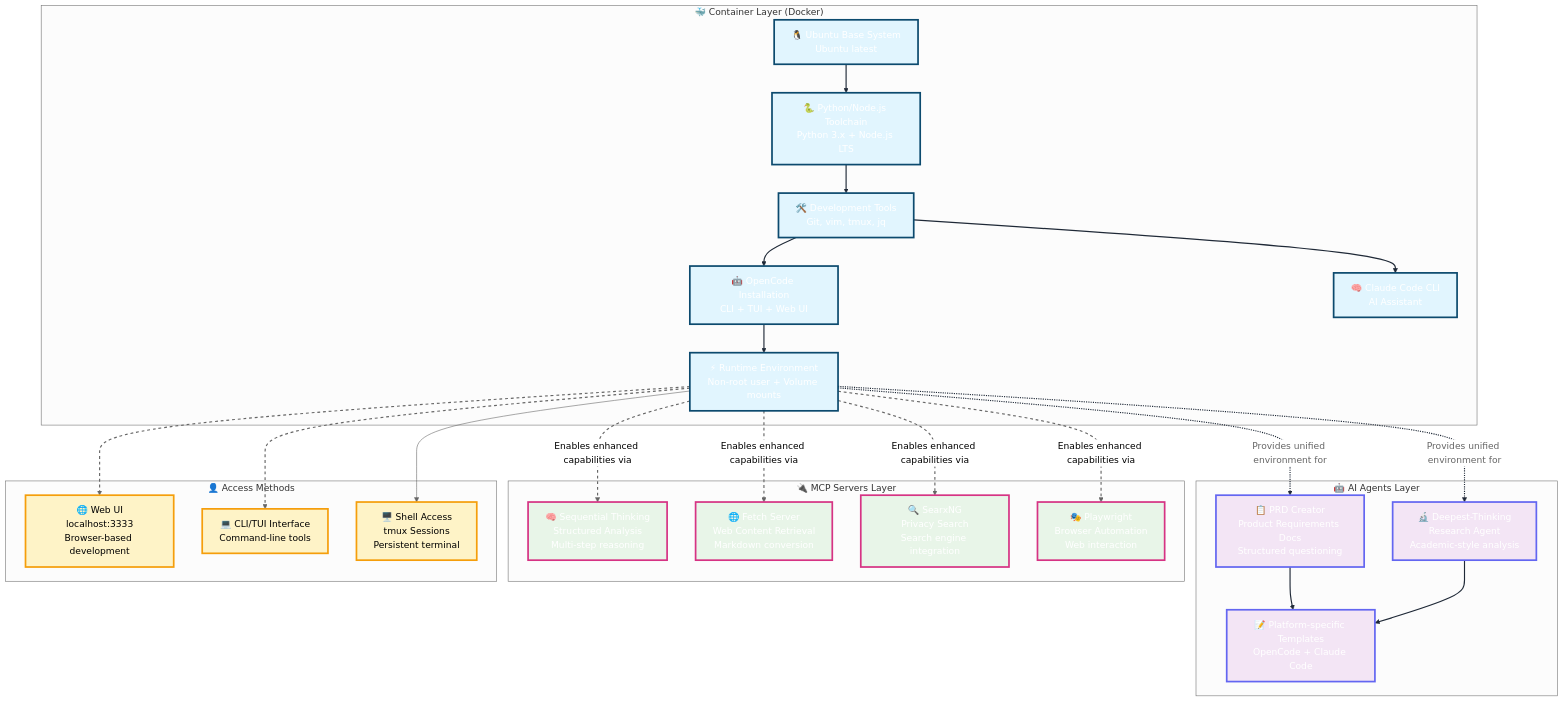
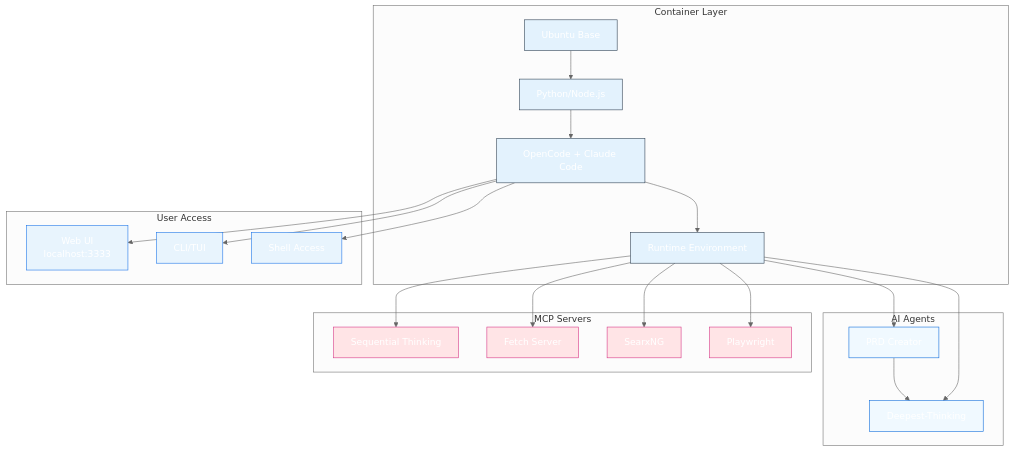
The diagram in README.md (SamAcctX/jeeves), drawn with Mermaid (neutral theme) before and after one commit.

Commit message:
chore: Another diagram update

````diff
--- a/README.md
+++ b/README.md
@@ -74,62 +74,49 @@
 ```mermaid
 graph TB
-    %% Jeeves System Architecture
-    subgraph "🐳 Container Layer (Docker)"
-        A[🐧 Ubuntu Base System<br/>Ubuntu latest] --> B[🐍 Python/Node.js Toolchain<br/>Python 3.x + Node.js LTS]
-        B --> C[🛠️ Development Tools<br/>Git, vim, tmux, jq]
-        C --> D[🤖 OpenCode Installation<br/>CLI + TUI + Web UI]
-        C --> E[🧠 Claude Code CLI<br/>AI Assistant]
-        D --> F[⚡ Runtime Environment<br/>Non-root user + Volume mounts]
+    %% Jeeves Architecture
+    subgraph Container["Container Layer"]
+        A[Ubuntu Base] --> B[Python/Node.js]
+        B --> C[OpenCode + Claude Code]
+        C --> D[Runtime Environment]
     end
 
-    subgraph "🤖 AI Agents Layer"
-        G[📋 PRD Creator<br/>Product Requirements Docs<br/>Structured questioning]
-        H[🔬 Deepest-Thinking<br/>Research Agent<br/>Academic-style analysis]
-        I[📝 Platform-specific Templates<br/>OpenCode + Claude Code]
-        G --> I
-        H --> I
+    subgraph Agents["AI Agents"]
+        E[PRD Creator] --> F[Deepest-Thinking]
     end
 
-    subgraph "🔌 MCP Servers Layer"
-        J[🧠 Sequential Thinking<br/>Structured Analysis<br/>Multi-step reasoning]
-        K[🌐 Fetch Server<br/>Web Content Retrieval<br/>Markdown conversion]
-        L[🔍 SearxNG<br/>Privacy Search<br/>Search engine integration]
-        M[🎭 Playwright<br/>Browser Automation<br/>Web interaction]
+    subgraph MCP["MCP Servers"]
+        G[Sequential Thinking]
+        H[Fetch Server]
+        I[SearxNG]
+        J[Playwright]
     end
 
-    %% Connection Relationships
-    F -.->|Provides unified environment for| G
-    F -.->|Provides unified environment for| H
-    F -.->|Enables enhanced capabilities via| J
-    F -.->|Enables enhanced capabilities via| K
-    F -.->|Enables enhanced capabilities via| L
-    F -.->|Enables enhanced capabilities via| M
-    
-    %% User Interface
-    subgraph "👤 Access Methods"
-        N[🌐 Web UI<br/>localhost:3333<br/>Browser-based development]
-        O[💻 CLI/TUI Interface<br/>Command-line tools]
-        P[🖥️ Shell Access<br/>tmux Sessions<br/>Persistent terminal]
+    subgraph Access["User Access"]
+        K[Web UI<br/>localhost:3333]
+        L[CLI/TUI]
+        M[Shell Access]
     end
-    
-    F --> N
-    F --> O
-    F --> P
+
+    %% Main connections
+    D --> E
+    D --> F
+    D --> G
+    D --> H
+    D --> I
+    D --> J
+
+    C --> K
+    C --> L
+    C --> M
 
     %% Styling
-    classDef containerLayer fill:#e1f5fe,stroke:#0c4a6e,color:#ffffff,stroke-width:3px
-    classDef agentsLayer fill:#f3e5f5,stroke:#6366f1,color:#ffffff,stroke-width:3px
-    classDef mcpLayer fill:#e8f5e8,stroke:#d63384,color:#ffffff,stroke-width:3px
-    classDef accessLayer fill:#fef3c7,stroke:#f59e0b,color:#000000,stroke-width:3px
-    classDef baseStyle stroke:#1f2937,stroke-width:2px,color:#1f2937,font-family:monospace
+    classDef container fill:#e3f2fd,stroke:#2c3e50,color:#fff
+    classDef agents fill:#f0f9ff,stroke:#0969da,color:#fff  
+    classDef mcp fill:#ffe4e6,stroke:#d63384,color:#fff
+    classDef access fill:#e8f4fd,stroke:#1a73e8,color:#fff
 
-    class A,B,C,D,E,F containerLayer
-    class G,H,I agentsLayer
-    class J,K,L,M mcpLayer
-    class N,O,P accessLayer
-    
-    %% Title styling
-    linkStyle 0,1,2,3,4,5 stroke:#1f2937,stroke-width:2px
-    linkStyle 6,7,8 stroke:#1f2937,stroke-width:2px,color:#666
-    linkStyle 9,10,11,12,13,14 stroke:#666,stroke-width:2px,stroke-dasharray: 5 5
+    class A,B,C,D container
+    class E,F agents
+    class G,H,I,J mcp
+    class K,L,M access
 ```
````
